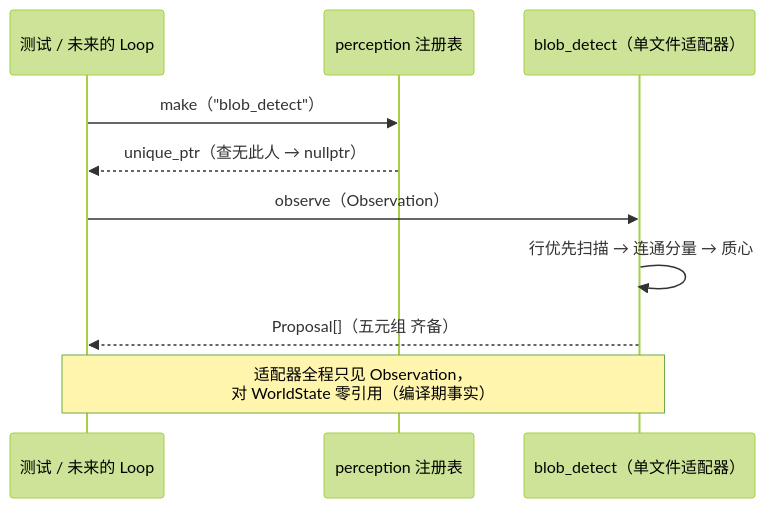
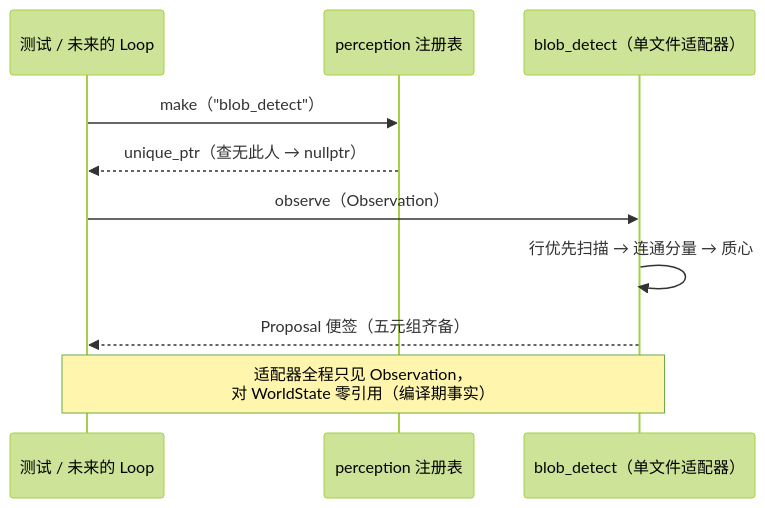
The diagram in docs/design/stage-a-core/slices/03-perception-seam.md (Vin535LFJ/OmniWorld-Engine), drawn with Mermaid (forest theme) before and after one commit. The commit also changed 4 other files, not shown here.

Commit message:
retro C2-C5: pre-commit gate (tests+hygiene+mermaid lint), zero-dep mermaid lint, anti-patterns #13-15, latent L2 diagram fixes

````diff
--- a/docs/design/stage-a-core/slices/03-perception-seam.md
+++ b/docs/design/stage-a-core/slices/03-perception-seam.md
@@ -33,12 +33,12 @@
 ```mermaid
 sequenceDiagram
     participant T as 测试 / 未来的 Loop
     participant REG as perception 注册表
     participant AD as blob_detect（单文件适配器）
     T->>REG: make（"blob_detect"）
     REG-->>T: unique_ptr（查无此人 → nullptr）
     T->>AD: observe（Observation）
     AD->>AD: 行优先扫描 → 连通分量 → 质心
-    AD-->>T: Proposal[]（五元组 齐备）
+    AD-->>T: Proposal 便签（五元组齐备）
     Note over T,AD: 适配器全程只见 Observation，<br/>对 WorldState 零引用（编译期事实）
 ```
````
